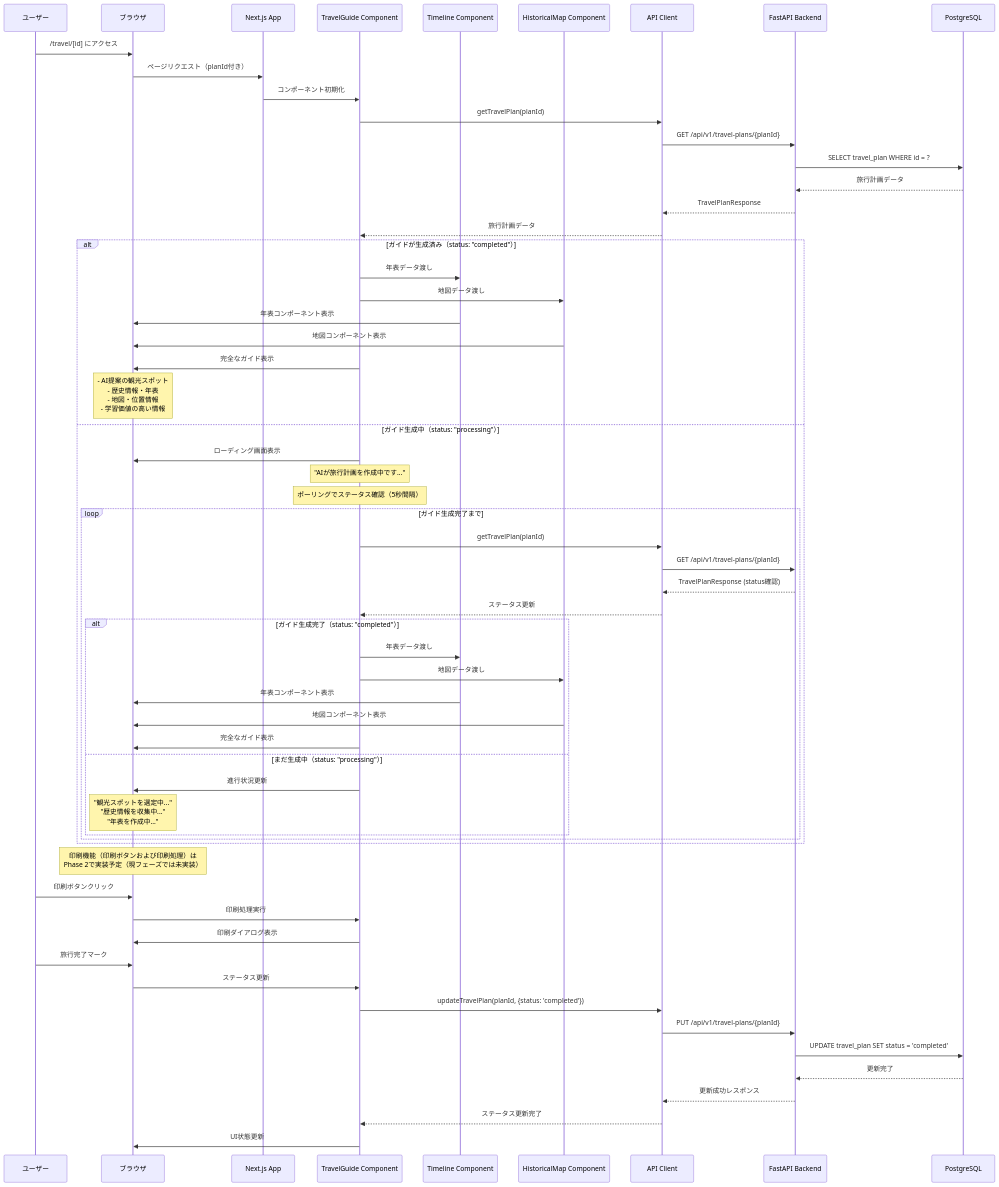
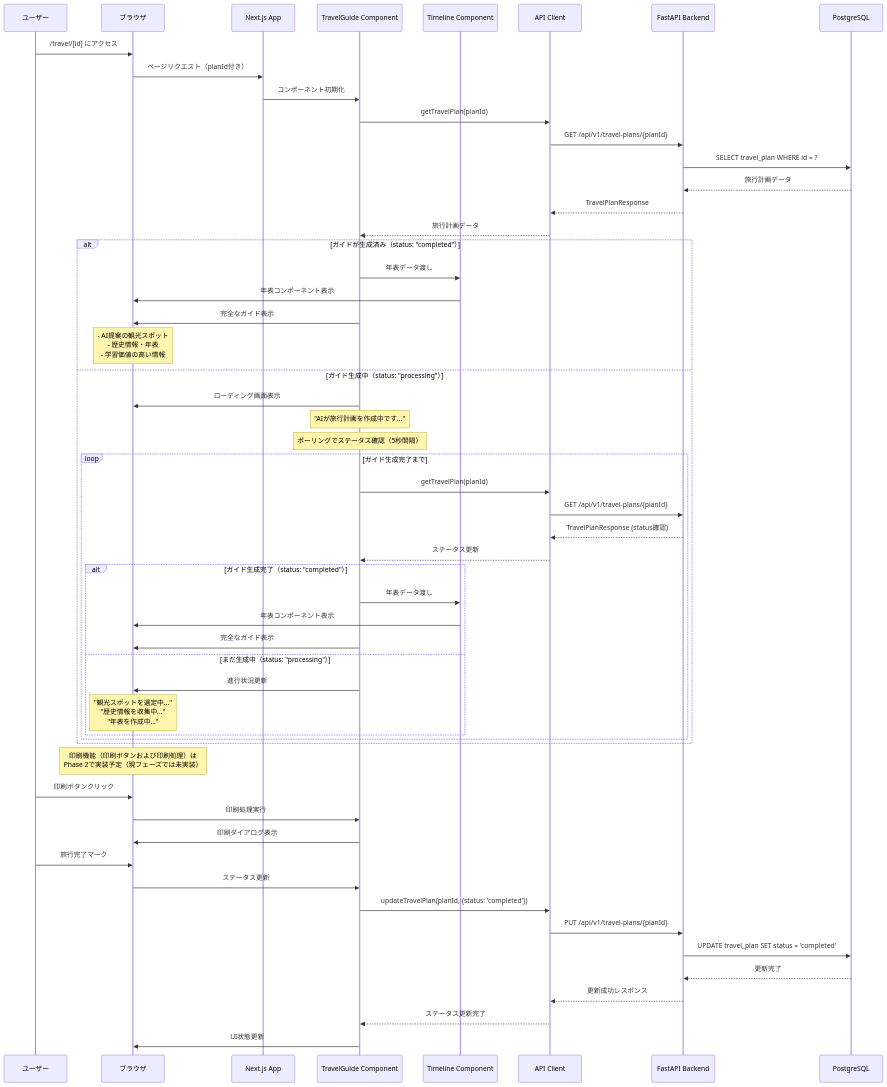
Before and after one commit to narumikr/ai-hackathon-4th: the third of 5 diagrams in docs/frontend/travel-sequence-diagram.md, drawn with Mermaid. The commit also changed other lines of this file and 2 other files, not shown here.

Commit message:
delete map feat

````diff
--- a/docs/frontend/travel-sequence-diagram.md
+++ b/docs/frontend/travel-sequence-diagram.md
@@ -209,69 +206,64 @@
 ```mermaid
 sequenceDiagram
     participant User as ユーザー
     participant Browser as ブラウザ
     participant NextJS as Next.js App
     participant TravelGuide as TravelGuide Component
     participant Timeline as Timeline Component
-    participant HistoricalMap as HistoricalMap Component
     participant API as API Client
     participant Backend as FastAPI Backend
     participant DB as PostgreSQL
 
     User->>Browser: /travel/[id] にアクセス
     Browser->>NextJS: ページリクエスト（planId付き）
     NextJS->>TravelGuide: コンポーネント初期化
     
     TravelGuide->>API: getTravelPlan(planId)
     API->>Backend: GET /api/v1/travel-plans/{planId}
     Backend->>DB: SELECT travel_plan WHERE id = ?
     DB-->>Backend: 旅行計画データ
     Backend-->>API: TravelPlanResponse
     API-->>TravelGuide: 旅行計画データ
     
     alt ガイドが生成済み（status: "completed"）
         TravelGuide->>Timeline: 年表データ渡し
-        TravelGuide->>HistoricalMap: 地図データ渡し
         Timeline->>Browser: 年表コンポーネント表示
-        HistoricalMap->>Browser: 地図コンポーネント表示
         TravelGuide->>Browser: 完全なガイド表示
-        Note over Browser: - AI提案の観光スポット<br/>- 歴史情報・年表<br/>- 地図・位置情報<br/>- 学習価値の高い情報
+        Note over Browser: - AI提案の観光スポット<br/>- 歴史情報・年表<br/>- 学習価値の高い情報
     else ガイド生成中（status: "processing"）
         TravelGuide->>Browser: ローディング画面表示
         Note over TravelGuide: "AIが旅行計画を作成中です..."
         
         Note over TravelGuide: ポーリングでステータス確認（5秒間隔）
         loop ガイド生成完了まで
             TravelGuide->>API: getTravelPlan(planId)
             API->>Backend: GET /api/v1/travel-plans/{planId}
             Backend-->>API: TravelPlanResponse (status確認)
             API-->>TravelGuide: ステータス更新
             
             alt ガイド生成完了（status: "completed"）
                 TravelGuide->>Timeline: 年表データ渡し
-                TravelGuide->>HistoricalMap: 地図データ渡し
                 Timeline->>Browser: 年表コンポーネント表示
-                HistoricalMap->>Browser: 地図コンポーネント表示
                 TravelGuide->>Browser: 完全なガイド表示
             else まだ生成中（status: "processing"）
                 TravelGuide->>Browser: 進行状況更新
                 Note over Browser: "観光スポットを選定中..."<br/>"歴史情報を収集中..."<br/>"年表を作成中..."
             end
         end
     end
     
     Note over Browser: 印刷機能（印刷ボタンおよび印刷処理）は<br/>Phase 2で実装予定（現フェーズでは未実装）
     User->>Browser: 印刷ボタンクリック
     Browser->>TravelGuide: 印刷処理実行
     TravelGuide->>Browser: 印刷ダイアログ表示
     
     User->>Browser: 旅行完了マーク
     Browser->>TravelGuide: ステータス更新
     TravelGuide->>API: updateTravelPlan(planId, {status: 'completed'})
     API->>Backend: PUT /api/v1/travel-plans/{planId}
     Backend->>DB: UPDATE travel_plan SET status = 'completed'
     DB-->>Backend: 更新完了
     Backend-->>API: 更新成功レスポンス
     API-->>TravelGuide: ステータス更新完了
     TravelGuide->>Browser: UI状態更新
 ```
````
